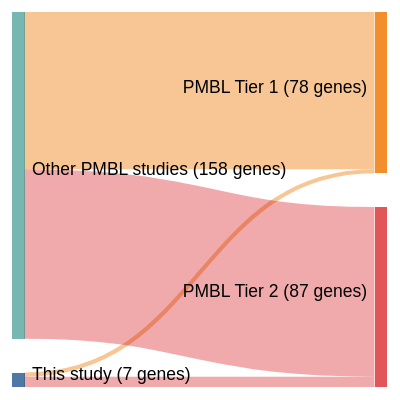
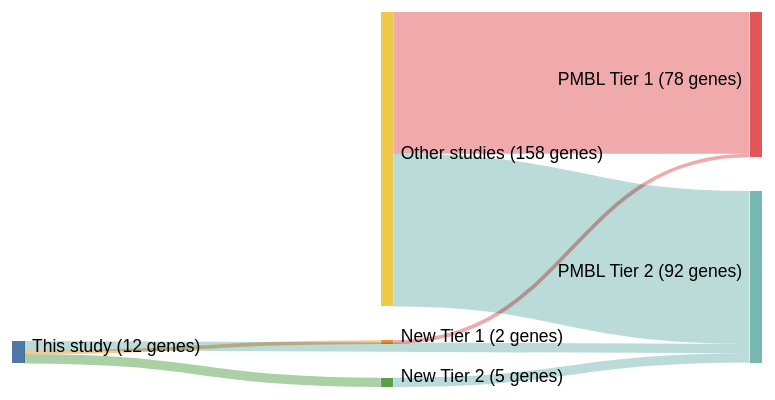
The diagram in papers/gomezUltraDeepSequencingReveals2023.md (morinlab/lymphopedia), drawn with Mermaid (forest theme) before and after one commit. The commit also changed 82 other files, not shown here.

````diff
--- a/papers/gomezUltraDeepSequencingReveals2023.md
+++ b/papers/gomezUltraDeepSequencingReveals2023.md
@@ -12,18 +12,21 @@
 ```mermaid
 ---
 config:
     sankey:
         showValues: true
         linkColor: target
-        width: 300
+        width: 600
         height: 300
         nodeAlignment: right
         prefix: '('
         suffix: ' genes)'
 ---
 sankey-beta
-This study, PMBL Tier 1, 2
+This study, New Tier 1, 2
+New Tier 1, PMBL Tier 1, 2
 This study, PMBL Tier 2, 5
-Other PMBL studies, PMBL Tier 1, 76
-Other PMBL studies, PMBL Tier 2, 82
+This study, New Tier 2, 5
+New Tier 2, PMBL Tier 2, 5
+Other studies, PMBL Tier 1, 76
+Other studies, PMBL Tier 2, 82
 ```
````
